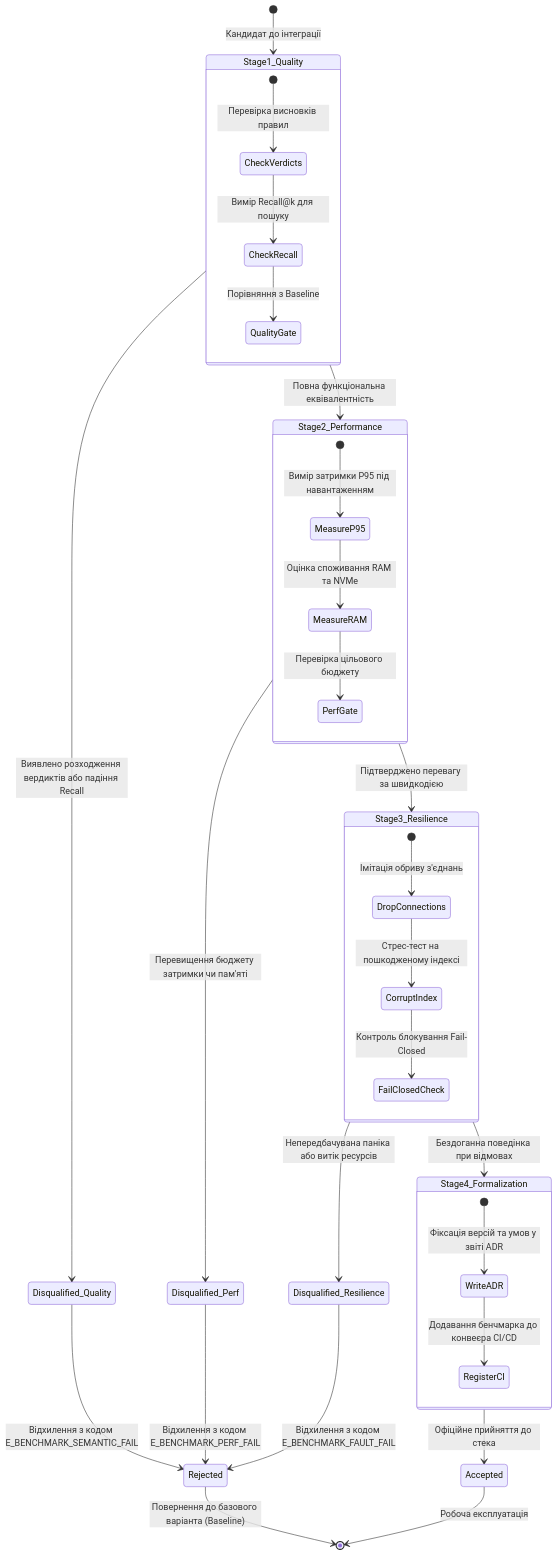
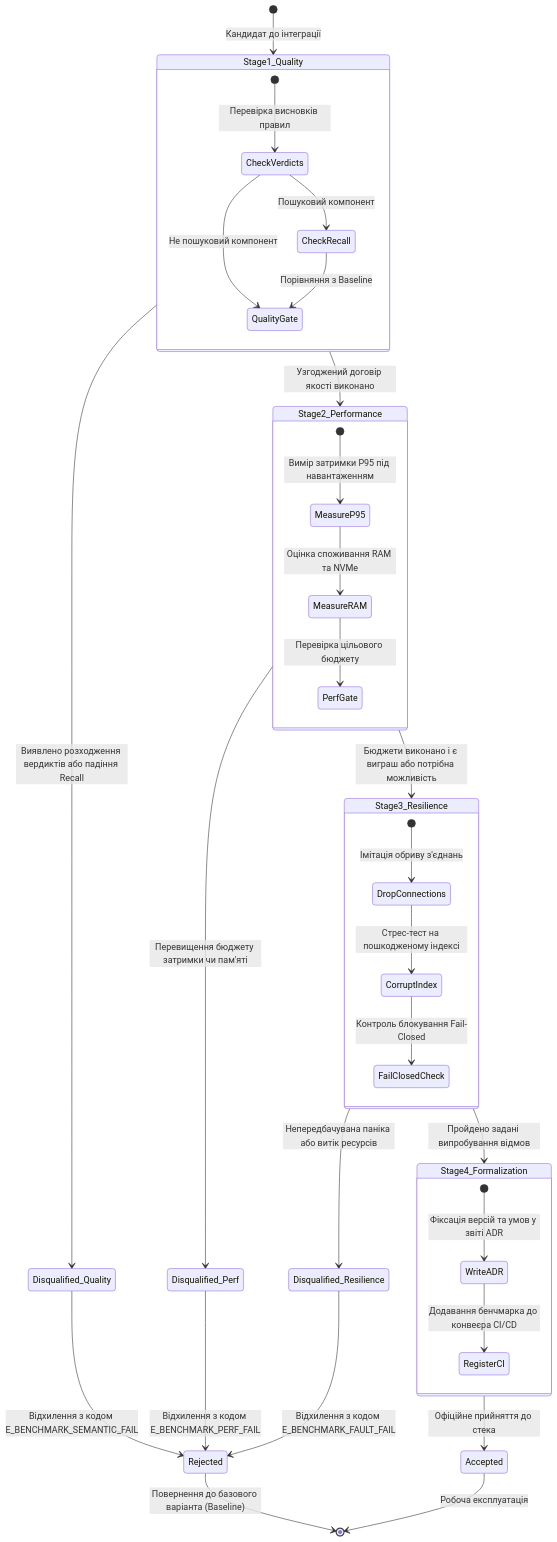
The sixth of 6 diagrams in ExpertSystem/ch17-implementation-stack.md (nick-fedchik/articles), drawn with Mermaid before and after one commit. The commit also changed other lines of this file and 7 other files, not shown here.

````diff
--- a/ExpertSystem/ch17-implementation-stack.md
+++ b/ExpertSystem/ch17-implementation-stack.md
@@ -686,48 +930,49 @@
 ```mermaid
 stateDiagram-v2
     accTitle: Чотиристадійний конвеєр порівняльного виміру технологічних компонентів
     accDescr: Процес оцінювання та прийняття кандидатів до технологічного стека через поетапну верифікацію.
 
     [*] --> Stage1_Quality: Кандидат до інтеграції
 
     state Stage1_Quality {
         [*] --> CheckVerdicts: Перевірка висновків правил
-        CheckVerdicts --> CheckRecall: Вимір Recall@k для пошуку
+        CheckVerdicts --> QualityGate: Не пошуковий компонент
+        CheckVerdicts --> CheckRecall: Пошуковий компонент
         CheckRecall --> QualityGate: Порівняння з Baseline
     }
 
     Stage1_Quality --> Disqualified_Quality: Виявлено розходження вердиктів або падіння Recall
-    Stage1_Quality --> Stage2_Performance: Повна функціональна еквівалентність
+    Stage1_Quality --> Stage2_Performance: Узгоджений договір якості виконано
 
     state Stage2_Performance {
         [*] --> MeasureP95: Вимір затримки P95 під навантаженням
         MeasureP95 --> MeasureRAM: Оцінка споживання RAM та NVMe
         MeasureRAM --> PerfGate: Перевірка цільового бюджету
     }
 
     Stage2_Performance --> Disqualified_Perf: Перевищення бюджету затримки чи пам'яті
-    Stage2_Performance --> Stage3_Resilience: Підтверджено перевагу за швидкодією
+    Stage2_Performance --> Stage3_Resilience: Бюджети виконано і є виграш або потрібна можливість
 
     state Stage3_Resilience {
         [*] --> DropConnections: Імітація обриву з'єднань
         DropConnections --> CorruptIndex: Стрес-тест на пошкодженому індексі
         CorruptIndex --> FailClosedCheck: Контроль блокування Fail-Closed
     }
 
     Stage3_Resilience --> Disqualified_Resilience: Непередбачувана паніка або витік ресурсів
-    Stage3_Resilience --> Stage4_Formalization: Бездоганна поведінка при відмовах
+    Stage3_Resilience --> Stage4_Formalization: Пройдено задані випробування відмов
 
     state Stage4_Formalization {
         [*] --> WriteADR: Фіксація версій та умов у звіті ADR
         WriteADR --> RegisterCI: Додавання бенчмарка до конвеєра CI/CD
     }
 
     Stage4_Formalization --> Accepted: Офіційне прийняття до стека
 
     Disqualified_Quality --> Rejected: Відхилення з кодом E_BENCHMARK_SEMANTIC_FAIL
     Disqualified_Perf --> Rejected: Відхилення з кодом E_BENCHMARK_PERF_FAIL
     Disqualified_Resilience --> Rejected: Відхилення з кодом E_BENCHMARK_FAULT_FAIL
 
     Rejected --> [*]: Повернення до базового варіанта (Baseline)
     Accepted --> [*]: Робоча експлуатація
 ```
````
